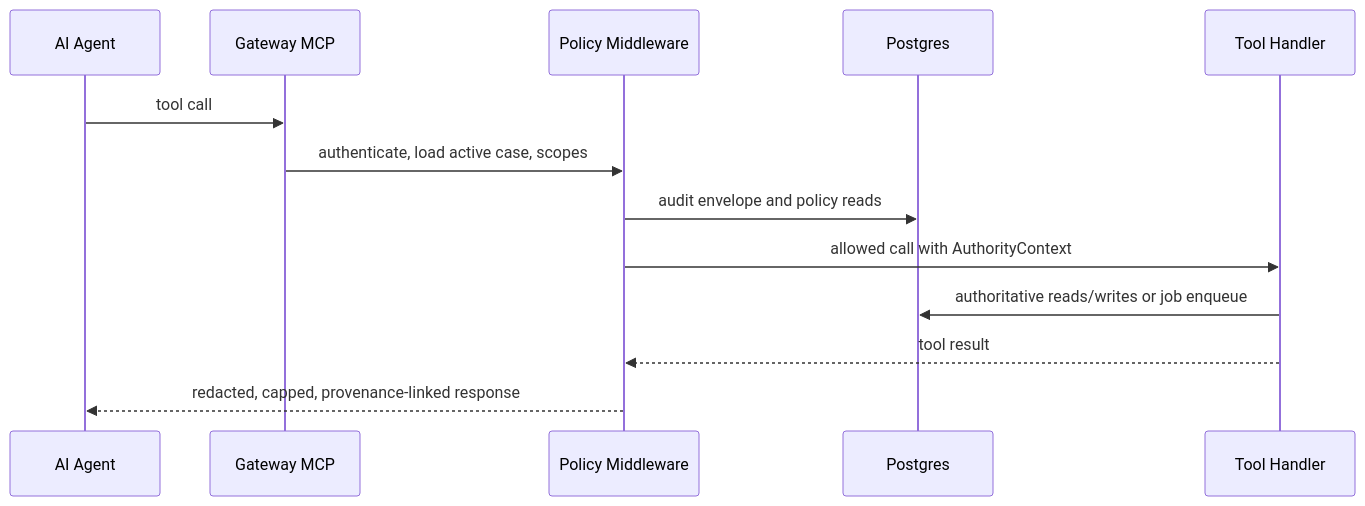
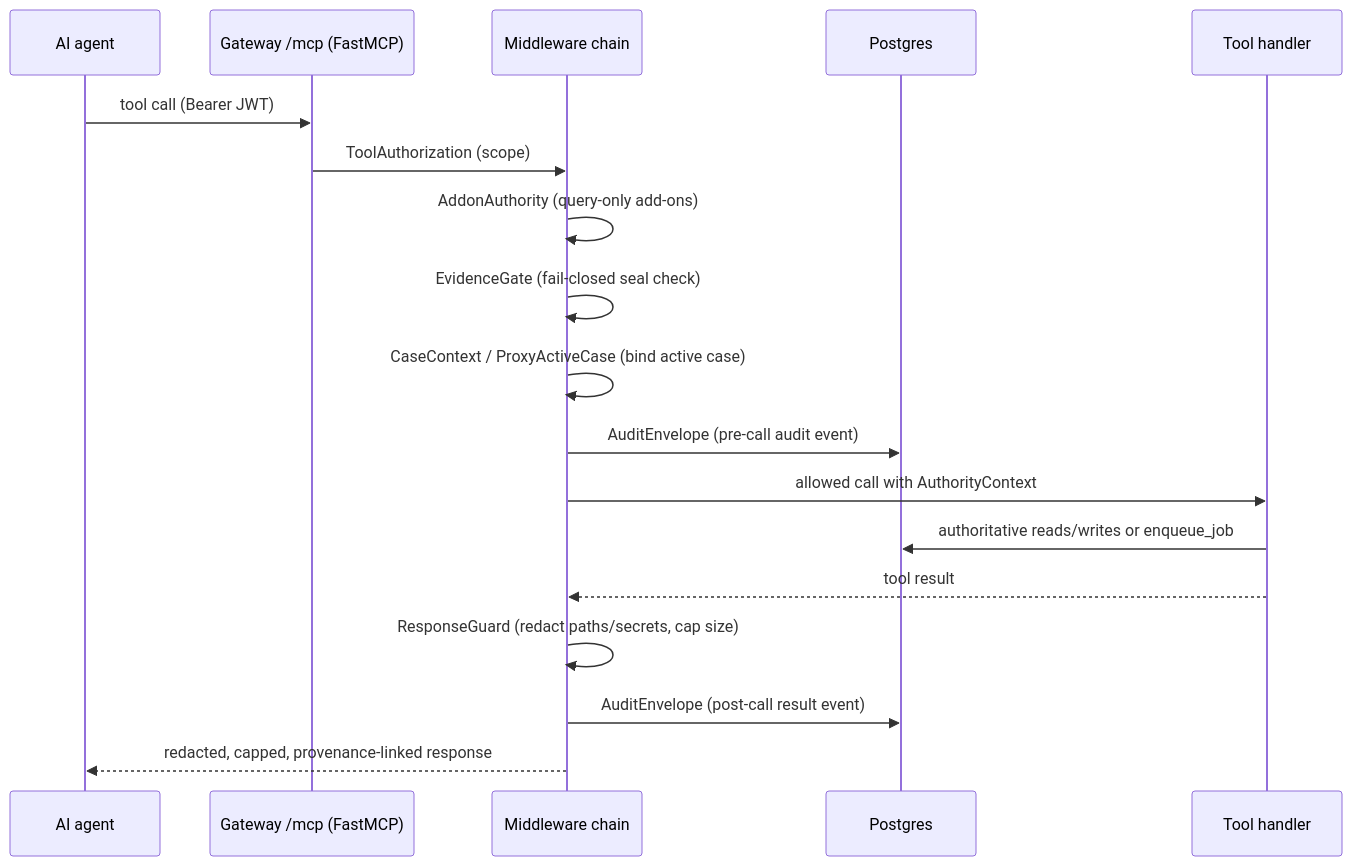
One commit to xyehya/sift-mcps changed the fourth of 7 diagrams in docs/product/data-flows-and-lifecycles.md. Above: the diagram before and after it, drawn with Mermaid. The commit also changed other lines of this file and 5 other files, not shown here.

Commit message:
Document product architecture and journeys

````diff
--- a/docs/product/data-flows-and-lifecycles.md
+++ b/docs/product/data-flows-and-lifecycles.md
@@ -58,16 +173,20 @@
 ```mermaid
 sequenceDiagram
-  participant A as AI Agent
-  participant M as Gateway MCP
-  participant P as Policy Middleware
+  participant A as AI agent
+  participant M as Gateway /mcp (FastMCP)
+  participant MW as Middleware chain
   participant DB as Postgres
-  participant T as Tool Handler
-
-  A->>M: tool call
-  M->>P: authenticate, load active case, scopes
-  P->>DB: audit envelope and policy reads
-  P->>T: allowed call with AuthorityContext
-  T->>DB: authoritative reads/writes or job enqueue
-  T-->>P: tool result
-  P-->>A: redacted, capped, provenance-linked response
+  participant T as Tool handler
+  A->>M: tool call (Bearer JWT)
+  M->>MW: ToolAuthorization (scope)
+  MW->>MW: AddonAuthority (query-only add-ons)
+  MW->>MW: EvidenceGate (fail-closed seal check)
+  MW->>MW: CaseContext / ProxyActiveCase (bind active case)
+  MW->>DB: AuditEnvelope (pre-call audit event)
+  MW->>T: allowed call with AuthorityContext
+  T->>DB: authoritative reads/writes or enqueue_job
+  T-->>MW: tool result
+  MW->>MW: ResponseGuard (redact paths/secrets, cap size)
+  MW->>DB: AuditEnvelope (post-call result event)
+  MW-->>A: redacted, capped, provenance-linked response
 ```
````
